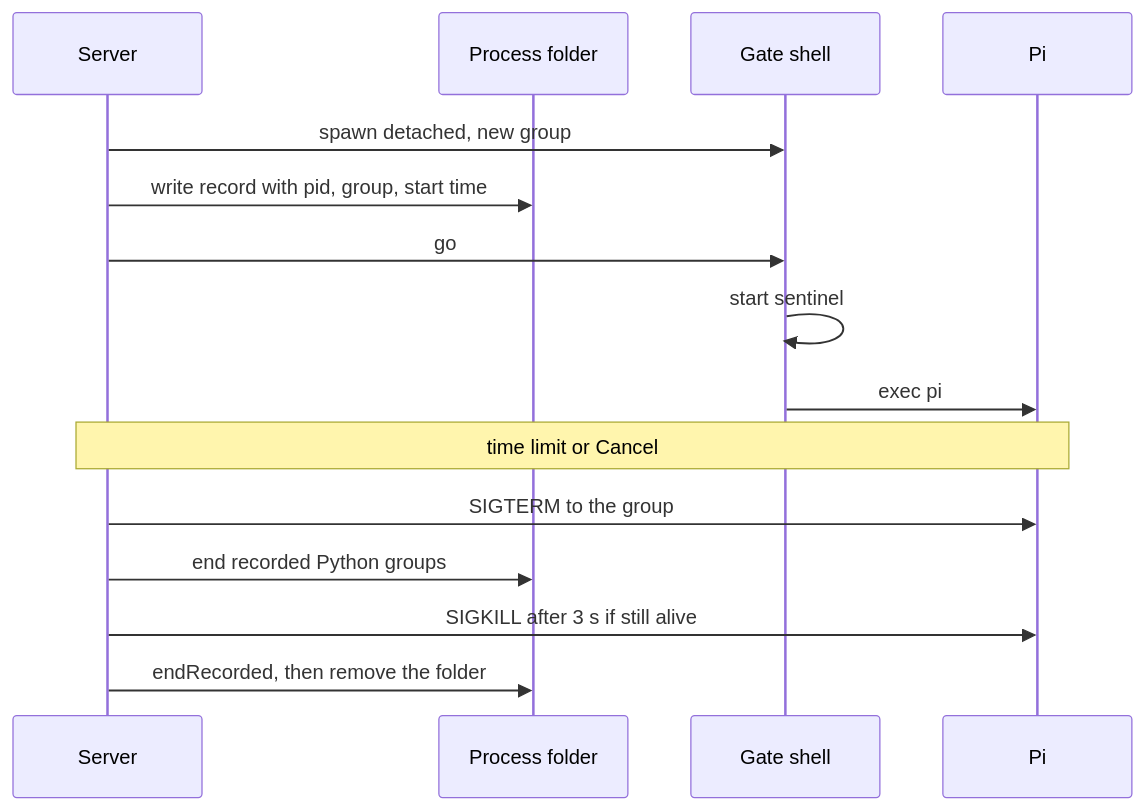
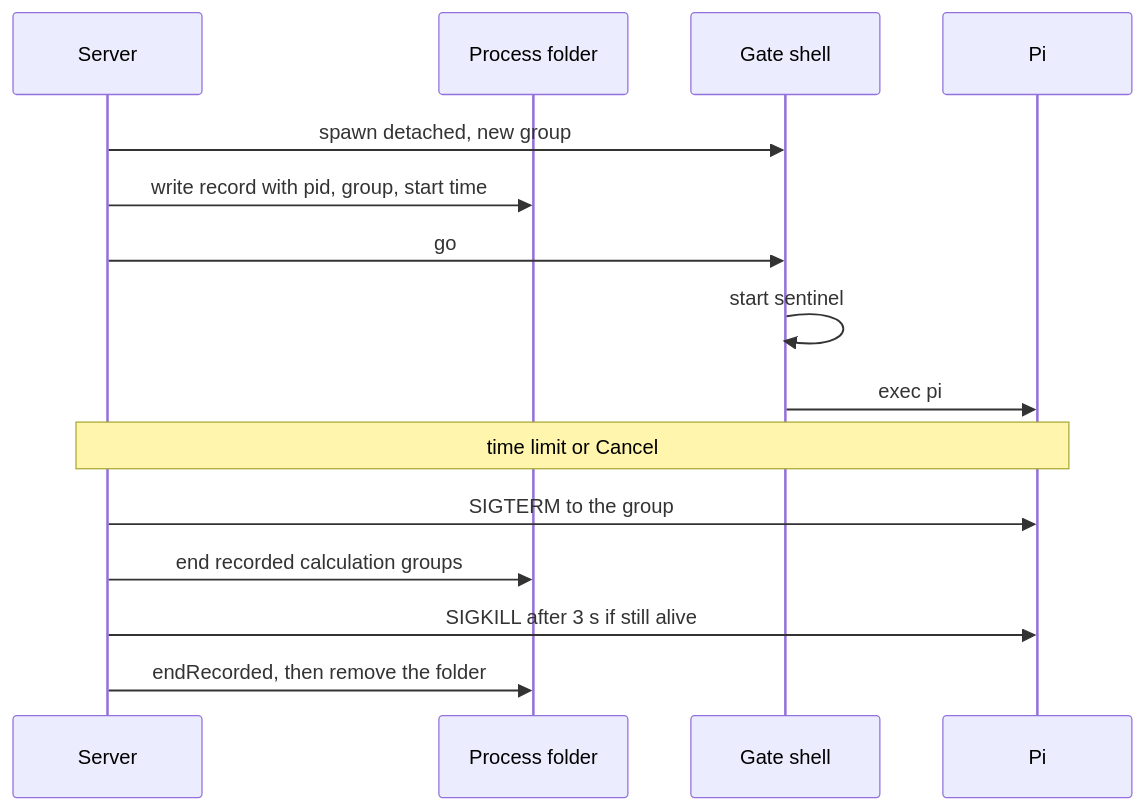
The fourth of 5 diagrams in docs/architecture.md (Zihao-Qi/HearAlong), drawn with Mermaid before and after one commit. The commit also changed other lines of this file and 64 other files, not shown here.

````diff
--- a/docs/architecture.md
+++ b/docs/architecture.md
@@ -190,17 +190,17 @@
 ```mermaid
 sequenceDiagram
   participant S as Server
   participant D as Process folder
   participant G as Gate shell
   participant P as Pi
   S->>G: spawn detached, new group
   S->>D: write record with pid, group, start time
   S->>G: go
   G->>G: start sentinel
   G->>P: exec pi
   Note over S,P: time limit or Cancel
   S->>P: SIGTERM to the group
-  S->>D: end recorded Python groups
+  S->>D: end recorded calculation groups
   S->>P: SIGKILL after 3 s if still alive
   S->>D: endRecorded, then remove the folder
 ```
````
